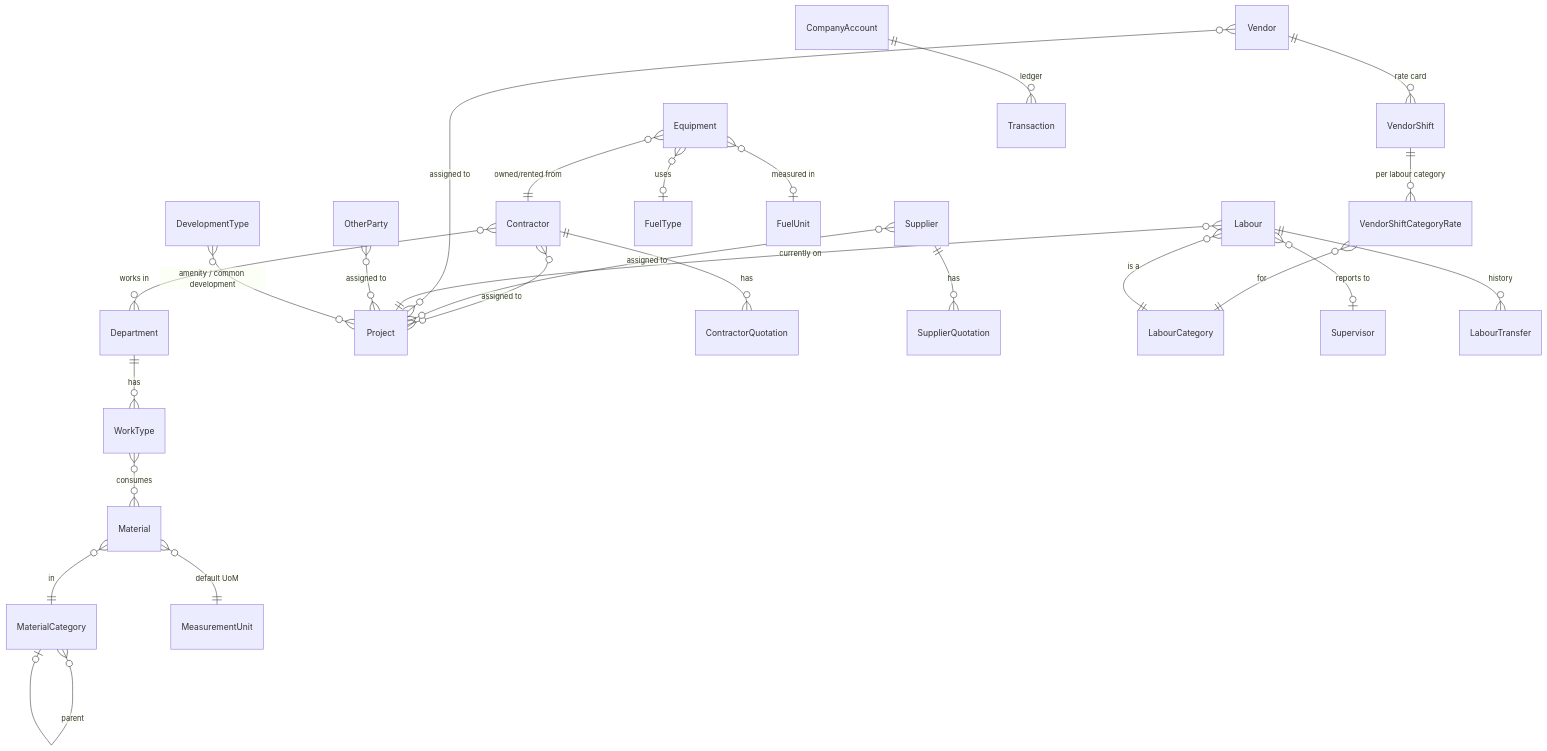
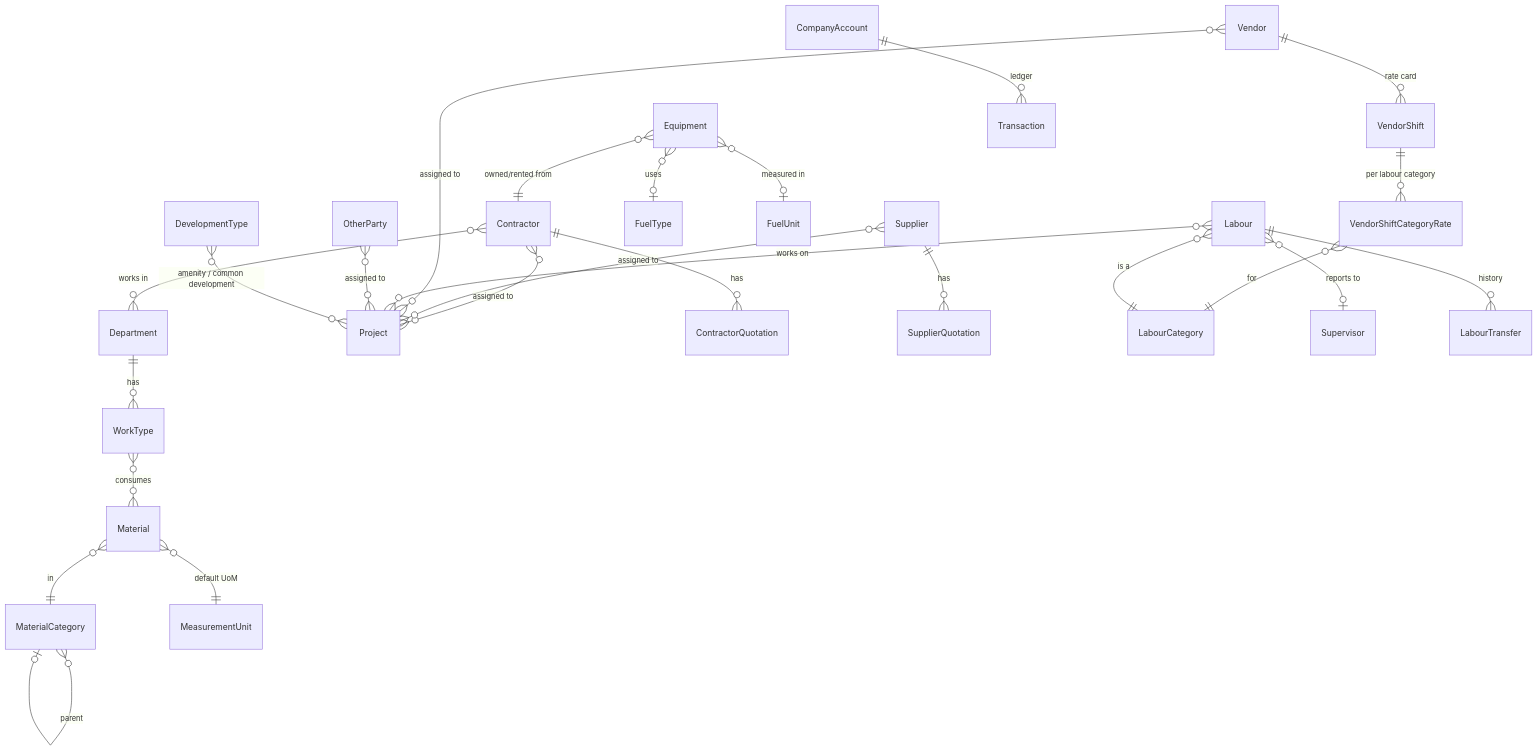
Before and after one commit to arunselvakumar/white-board: the second of 10 diagrams in apps/construction-management/docs/01-domain-model.md, drawn with Mermaid. The commit also changed other lines of this file and 67 other files, not shown here.

Commit message:
Project staffing and Activity (2/2): Labour and Project Activity feeds (#174)

````diff
--- a/apps/construction-management/docs/01-domain-model.md
+++ b/apps/construction-management/docs/01-domain-model.md
@@ -41,27 +41,27 @@
 ```mermaid
 erDiagram
     Department ||--o{ WorkType : has
     WorkType }o--o{ Material : "consumes"
     Contractor }o--o{ Department : "works in"
     Contractor }o--o{ Project : "assigned to"
     Contractor ||--o{ ContractorQuotation : has
     Supplier }o--o{ Project : "assigned to"
     Supplier ||--o{ SupplierQuotation : has
     Vendor ||--o{ VendorShift : "rate card"
     VendorShift ||--o{ VendorShiftCategoryRate : "per labour category"
     VendorShiftCategoryRate }o--|| LabourCategory : for
     Vendor }o--o{ Project : "assigned to"
     Labour }o--|| LabourCategory : "is a"
     Labour }o--o| Supervisor : "reports to"
-    Labour }o--|| Project : "currently on"
+    Labour }o--o{ Project : "works on"
     Labour ||--o{ LabourTransfer : history
     Equipment }o--|| Contractor : "owned/rented from"
     Equipment }o--o| FuelType : uses
     Equipment }o--o| FuelUnit : "measured in"
     Material }o--|| MaterialCategory : "in"
     MaterialCategory }o--o| MaterialCategory : "parent"
     Material }o--|| MeasurementUnit : "default UoM"
     CompanyAccount ||--o{ Transaction : "ledger"
     OtherParty }o--o{ Project : "assigned to"
     DevelopmentType }o--o{ Project : "amenity / common development"
 ```
````
